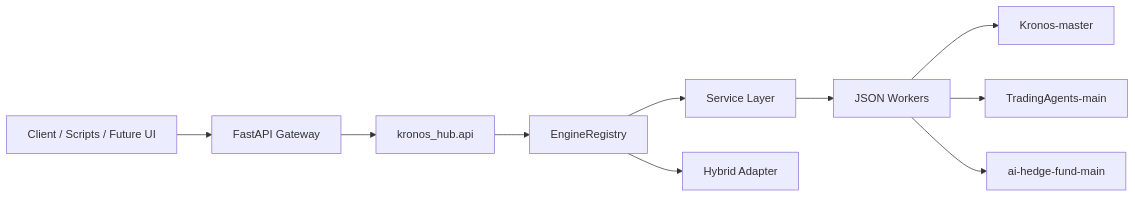
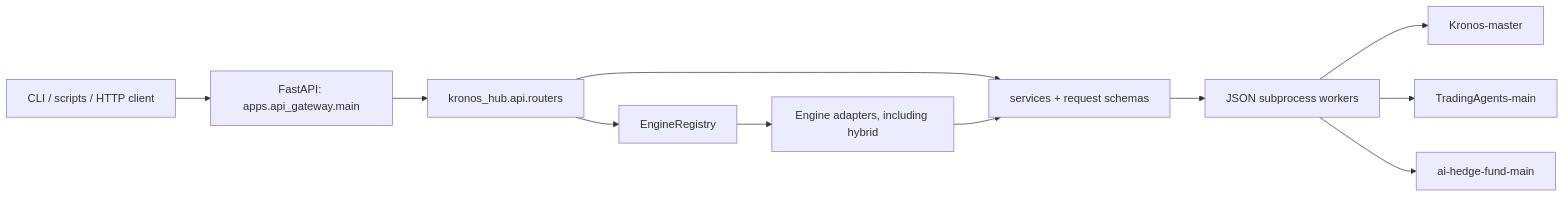
Before and after one commit to b1ue13e/kronos-hub: the diagram in README.md, drawn with Mermaid. The commit also changed other lines of this file and 1 other file, not shown here.

````diff
--- a/README.md
+++ b/README.md
@@ -132,12 +64,13 @@
 ```mermaid
 flowchart LR
-    Client["Client / Scripts / Future UI"] --> Gateway["FastAPI Gateway"]
-    Gateway --> API["kronos_hub.api"]
-    API --> Registry["EngineRegistry"]
-    Registry --> Services["Service Layer"]
-    Services --> Workers["JSON Workers"]
-    Workers --> Kronos["Kronos-master"]
-    Workers --> TradingAgents["TradingAgents-main"]
-    Workers --> AIHF["ai-hedge-fund-main"]
-    Registry --> Hybrid["Hybrid Adapter"]
+    Client[CLI / scripts / HTTP client] --> Gateway[FastAPI: apps.api_gateway.main]
+    Gateway --> API[kronos_hub.api.routers]
+    API --> Services[services + request schemas]
+    Services --> Workers[JSON subprocess workers]
+    API --> Registry[EngineRegistry]
+    Registry --> Adapters[Engine adapters, including hybrid]
+    Adapters --> Services
+    Workers --> K[Kronos-master]
+    Workers --> T[TradingAgents-main]
+    Workers --> A[ai-hedge-fund-main]
 ```
````
